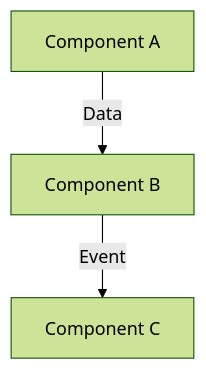
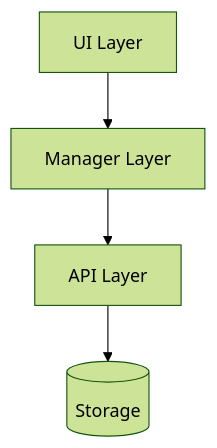
The first of 2 diagrams in .agent/skills/sdd/references/design.md (Tai-ch0802/arc-like-chrome-extension), drawn with Mermaid (forest theme) before and after one commit. The commit also changed other lines of this file and 5 other files, not shown here.

````diff
--- a/.agent/skills/sdd/references/design.md
+++ b/.agent/skills/sdd/references/design.md
@@ -8,5 +39,6 @@
 ```mermaid
 graph TD
-    A[Component A] -->|Data| B[Component B]
-    B -->|Event| C[Component C]
+    UI[UI Layer] --> Manager[Manager Layer]
+    Manager --> API[API Layer]
+    API --> Storage[(Storage)]
 ```
````
